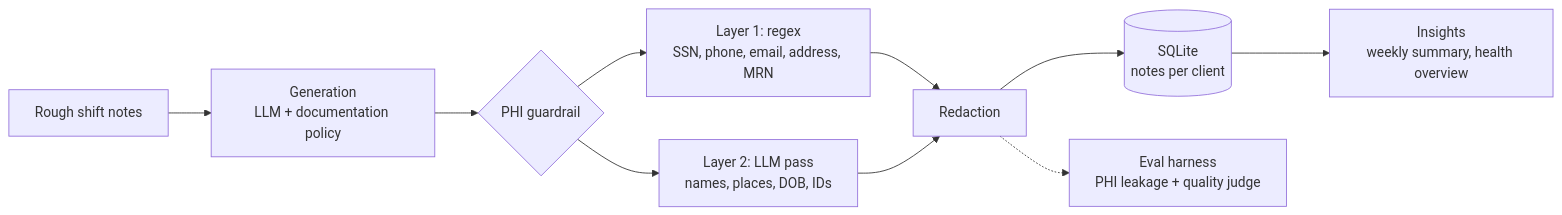
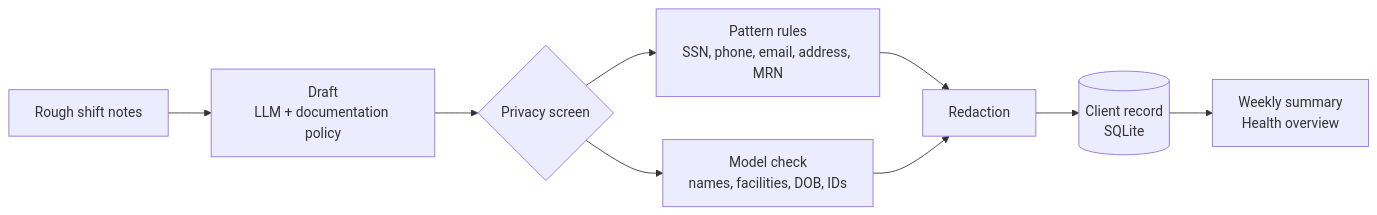
Before and after one commit to Girumdess/care-note-assistant: the diagram in README.md, drawn with Mermaid. The commit also changed other lines of this file and 9 other files, not shown here.

````diff
--- a/README.md
+++ b/README.md
@@ -25,12 +22,11 @@
 ```mermaid
 flowchart LR
-    A[Rough shift notes] --> B[Generation<br/>LLM + documentation policy]
-    B --> C{PHI guardrail}
-    C --> C1[Layer 1: regex<br/>SSN, phone, email, address, MRN]
-    C --> C2[Layer 2: LLM pass<br/>names, places, DOB, IDs]
+    A[Rough shift notes] --> B[Draft<br/>LLM + documentation policy]
+    B --> C{Privacy screen}
+    C --> C1[Pattern rules<br/>SSN, phone, email, address, MRN]
+    C --> C2[Model check<br/>names, facilities, DOB, IDs]
     C1 --> D[Redaction]
     C2 --> D
-    D --> E[(SQLite<br/>notes per client)]
-    E --> F[Insights<br/>weekly summary, health overview]
-    D -.-> G[Eval harness<br/>PHI leakage + quality judge]
+    D --> E[(Client record<br/>SQLite)]
+    E --> F[Weekly summary<br/>Health overview]
 ```
````
